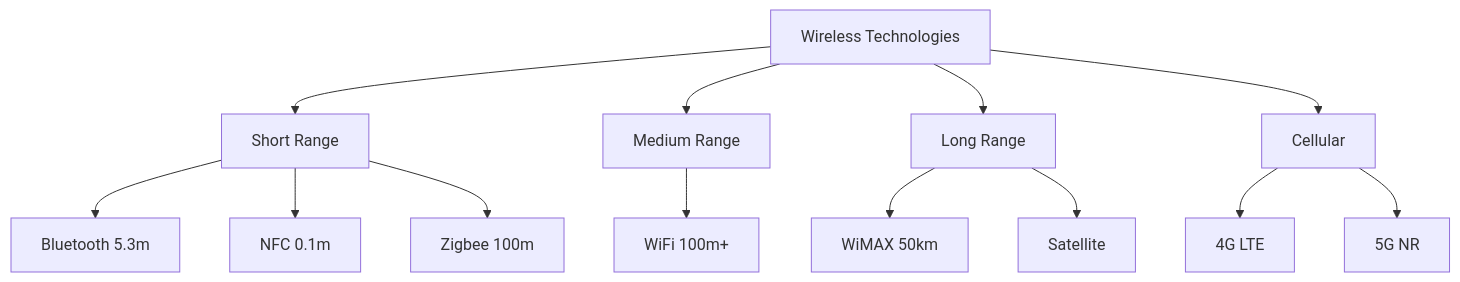
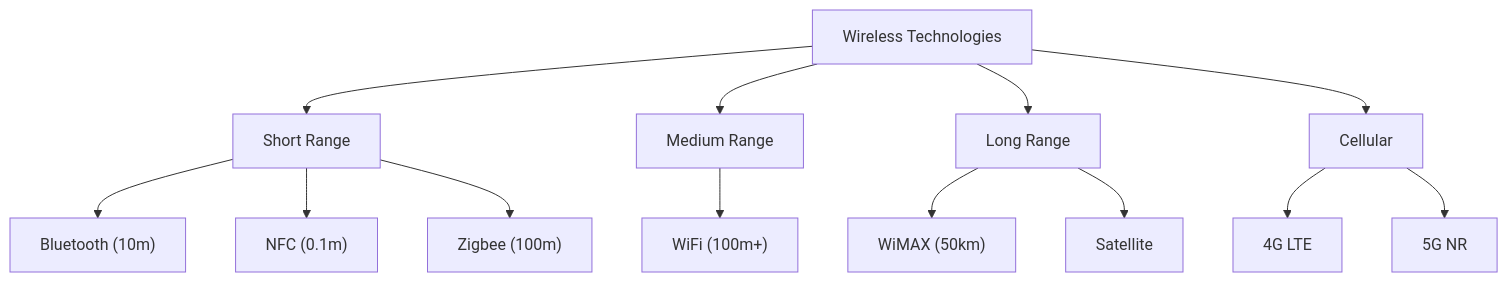
The first of 6 diagrams in src/networks/wireless/README.md (vanos001/placement_prep), drawn with Mermaid before and after one commit. The commit also changed other lines of this file and 8 other files, not shown here.

````diff
--- a/src/networks/wireless/README.md
+++ b/src/networks/wireless/README.md
@@ -9,15 +9,15 @@
 ```mermaid
 graph TD
     A[Wireless Technologies] --> B[Short Range]
     A --> C[Medium Range]
     A --> D[Long Range]
     A --> E[Cellular]
-    B --> F[Bluetooth 5.3m]
-    B --> G[NFC 0.1m]
-    B --> H[Zigbee 100m]
-    C --> I[WiFi 100m+]
-    D --> J[WiMAX 50km]
-    D --> K[Satellite]
-    E --> L[4G LTE]
-    E --> M[5G NR]
+    B --> F["Bluetooth (10m)"]
+    B --> G["NFC (0.1m)"]
+    B --> H["Zigbee (100m)"]
+    C --> I["WiFi (100m+)"]
+    D --> J["WiMAX (50km)"]
+    D --> K["Satellite"]
+    E --> L["4G LTE"]
+    E --> M["5G NR"]
 ```
````
